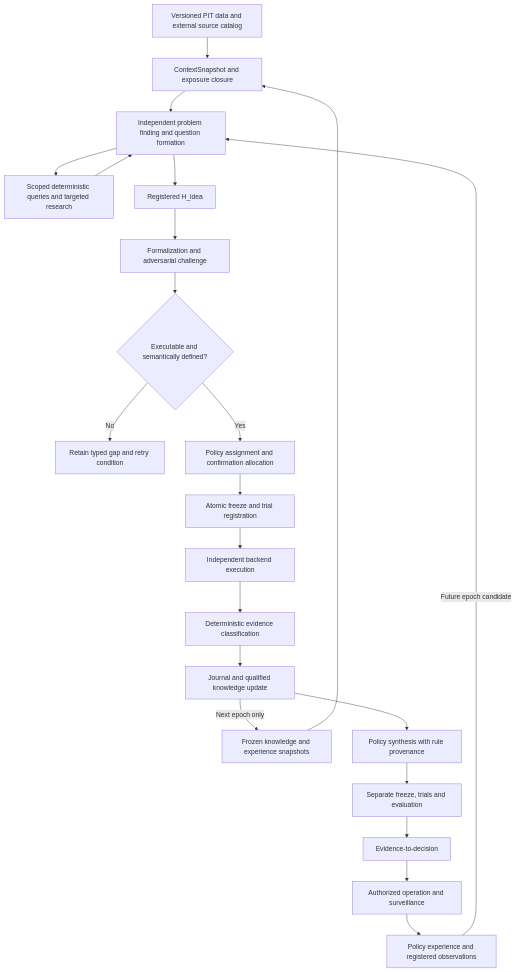
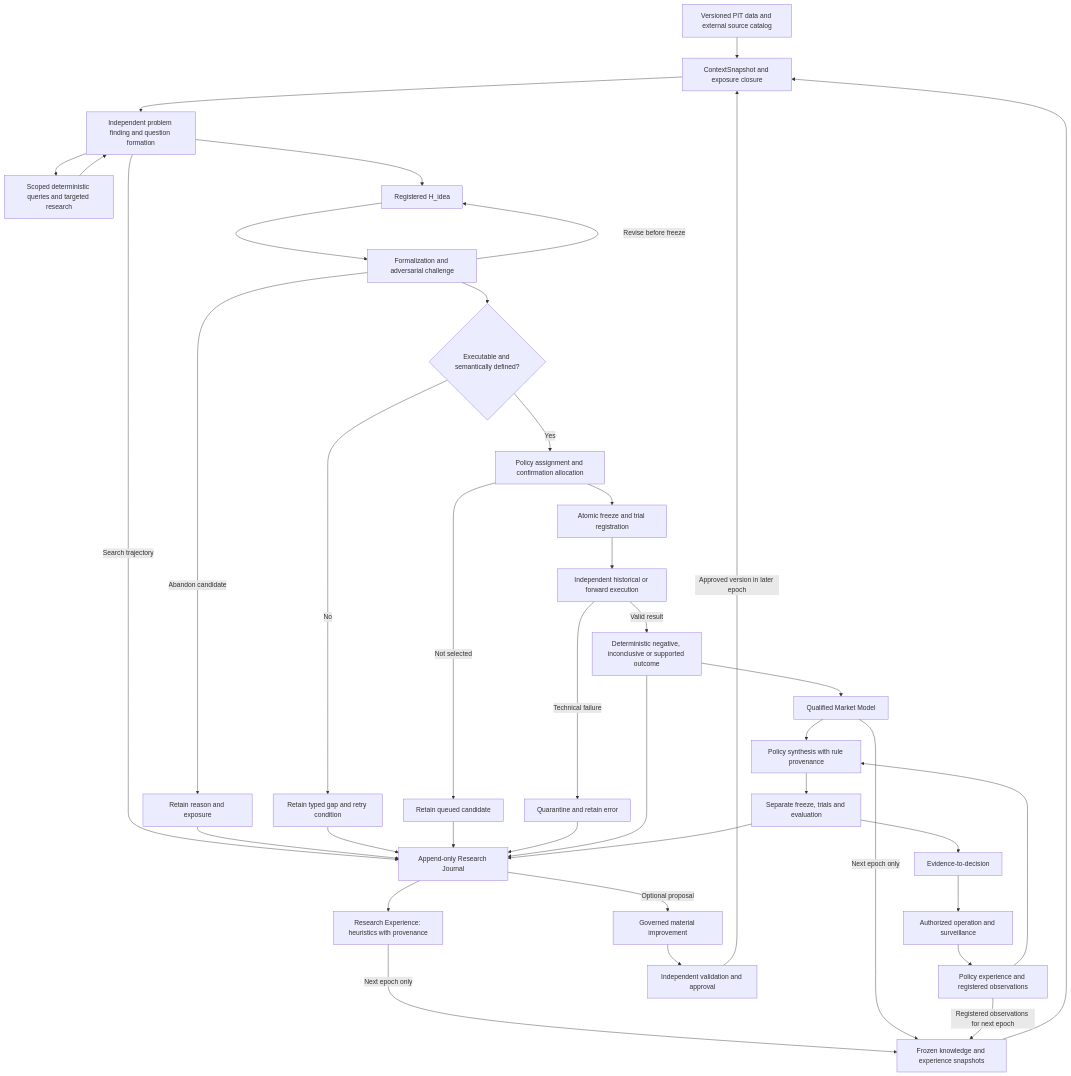
One commit to RealMonoid/TradingResearcher changed the diagram in docs/architecture/06_MASTER_ARCHITECTURE.md. Above: the diagram before and after it, drawn with Mermaid. The commit also changed other lines of this file and 39 other files, not shown here.

Commit message:
Clarify framework goals and complete research feedback model

````diff
--- a/docs/architecture/06_MASTER_ARCHITECTURE.md
+++ b/docs/architecture/06_MASTER_ARCHITECTURE.md
@@ -20,24 +22,41 @@
 ```mermaid
 flowchart TD
   D[Versioned PIT data and external source catalog] --> C[ContextSnapshot and exposure closure]
   K[Frozen knowledge and experience snapshots] --> C
   C --> G[Independent problem finding and question formation]
   G --> Q[Scoped deterministic queries and targeted research]
   Q --> G
   G --> I[Registered H_idea]
+  G -->|Search trajectory| J[Append-only Research Journal]
   I --> F[Formalization and adversarial challenge]
+  F -->|Revise before freeze| I
+  F -->|Abandon candidate| A[Retain reason and exposure]
+  A --> J
   F --> X{Executable and semantically defined?}
   X -->|No| GAP[Retain typed gap and retry condition]
+  GAP --> J
   X -->|Yes| P[Policy assignment and confirmation allocation]
+  P -->|Not selected| W[Retain queued candidate]
+  W --> J
   P --> Z[Atomic freeze and trial registration]
-  Z --> B[Independent backend execution]
-  B --> S[Deterministic evidence classification]
-  S --> J[Journal and qualified knowledge update]
-  J -->|Next epoch only| K
-  J --> PS[Policy synthesis with rule provenance]
+  Z --> B[Independent historical or forward execution]
+  B -->|Valid result| S[Deterministic negative, inconclusive or supported outcome]
+  B -->|Technical failure| E[Quarantine and retain error]
+  E --> J
+  S --> J
+  S --> M[Qualified Market Model]
+  J --> R[Research Experience: heuristics with provenance]
+  R -->|Next epoch only| K
+  M -->|Next epoch only| K
+  M --> PS[Policy synthesis with rule provenance]
   PS --> PE[Separate freeze, trials and evaluation]
+  PE --> J
   PE --> ED[Evidence-to-decision]
   ED --> O[Authorized operation and surveillance]
   O --> OE[Policy experience and registered observations]
-  OE -->|Future epoch candidate| G
+  OE -->|Registered observations for next epoch| K
+  OE --> PS
+  J -->|Optional proposal| IP[Governed material improvement]
+  IP --> V[Independent validation and approval]
+  V -->|Approved version in later epoch| C
 ```
````
